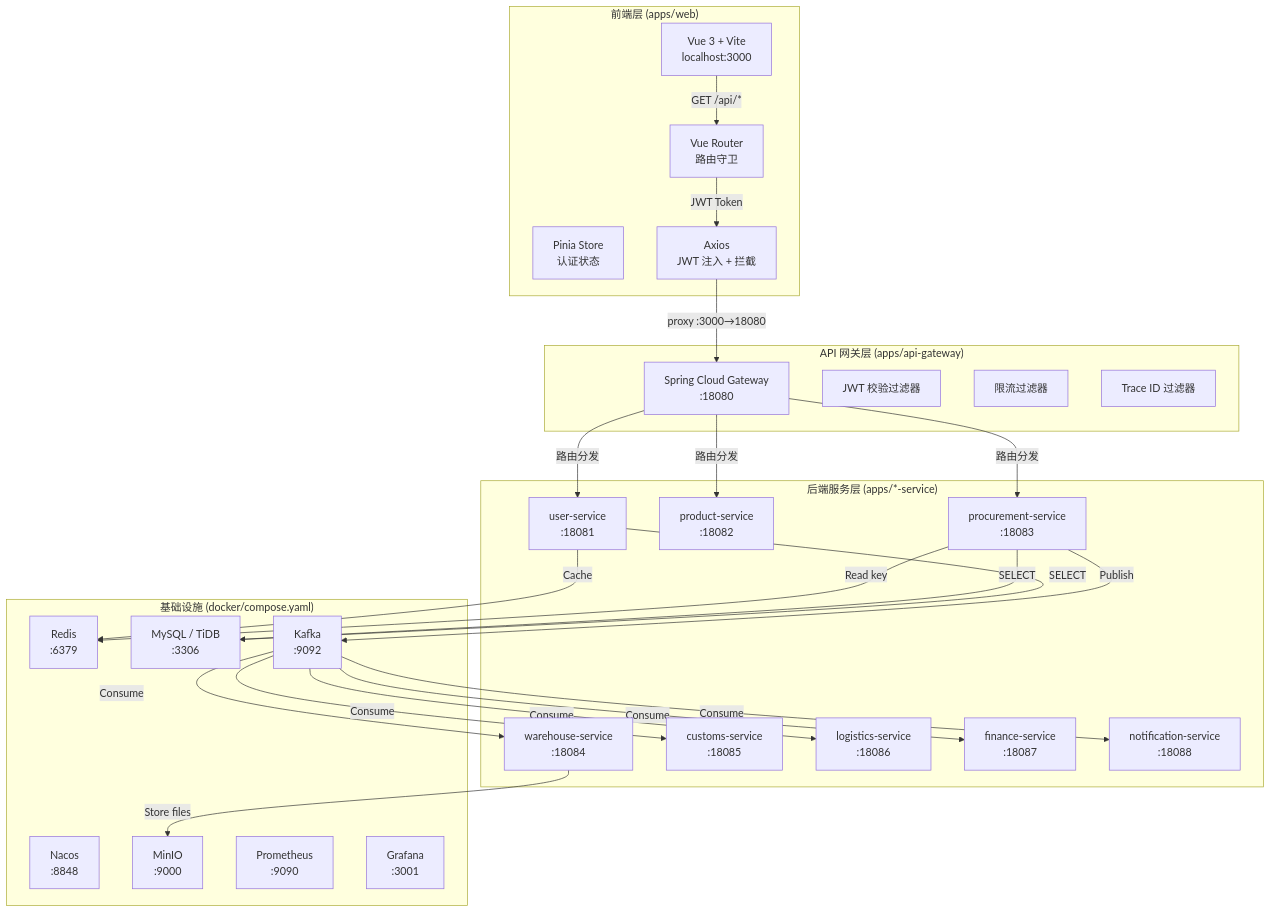
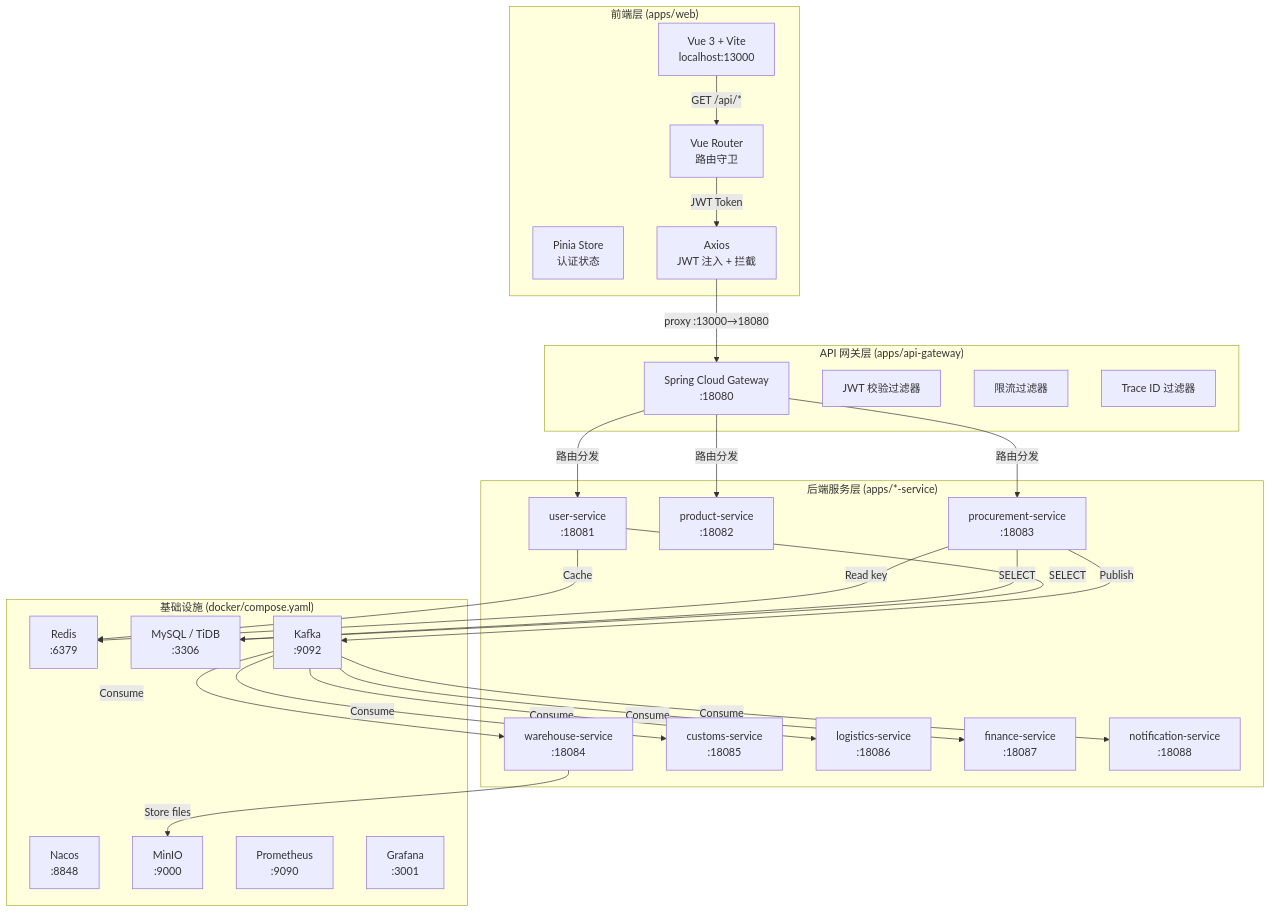
The first of 6 diagrams in docs/ui/ARCHITECTURE.md (jieraltjp/ManpouChinaSystem), drawn with Mermaid before and after one commit. The commit also changed other lines of this file and 16 other files, not shown here.

````diff
--- a/docs/ui/ARCHITECTURE.md
+++ b/docs/ui/ARCHITECTURE.md
@@ -9,65 +9,65 @@
 ```mermaid
 graph TB
     %% 前端层
     subgraph Frontend["前端层 (apps/web)"]
-        WEB["Vue 3 + Vite\nlocalhost:3000"]
+        WEB["Vue 3 + Vite\nlocalhost:13000"]
         ROUTER["Vue Router\n路由守卫"]
         STORE["Pinia Store\n认证状态"]
         AXIOS["Axios\nJWT 注入 + 拦截"]
     end
 
     %% 网关层（待实现）
     subgraph Gateway["API 网关层 (apps/api-gateway)"]
         GW["Spring Cloud Gateway\n:18080"]
         JWT_FILTER["JWT 校验过滤器"]
         RATE_LIMIT["限流过滤器"]
         TRACE["Trace ID 过滤器"]
     end
 
     %% 后端服务层
     subgraph Backend["后端服务层 (apps/*-service)"]
         USER["user-service\n:18081"]
         PRODUCT["product-service\n:18082"]
         PROC["procurement-service\n:18083"]
         WAREHOUSE["warehouse-service\n:18084"]
         CUSTOMS["customs-service\n:18085"]
         LOGISTICS["logistics-service\n:18086"]
         FINANCE["finance-service\n:18087"]
         NOTIFY["notification-service\n:18088"]
     end
 
     %% 基础设施层
     subgraph Infrastructure["基础设施 (docker/compose.yaml)"]
         REDIS["Redis\n:6379"]
         MYSQL["MySQL / TiDB\n:3306"]
         KAFKA["Kafka\n:9092"]
         NACOS["Nacos\n:8848"]
         MINIO["MinIO\n:9000"]
         PROMETHEUS["Prometheus\n:9090"]
         GRAFANA["Grafana\n:3001"]
     end
 
     %% 数据流
     WEB -->|"GET /api/*"| ROUTER
     ROUTER -->|"JWT Token"| AXIOS
-    AXIOS -->|"proxy :3000→18080"| GW
+    AXIOS -->|"proxy :13000→18080"| GW
 
     GW -->|"路由分发"| USER
     GW -->|"路由分发"| PRODUCT
     GW -->|"路由分发"| PROC
 
     PROC -->|"Publish"| KAFKA
     PROC -->|"SELECT"| MYSQL
 
     USER -->|"SELECT"| MYSQL
     USER -->|"Cache"| REDIS
 
     KAFKA -->|"Consume"| WAREHOUSE
     KAFKA -->|"Consume"| CUSTOMS
     KAFKA -->|"Consume"| LOGISTICS
     KAFKA -->|"Consume"| FINANCE
     KAFKA -->|"Consume"| NOTIFY
 
     WAREHOUSE -->|"Store files"| MINIO
     PROC -->|"Read key"| REDIS
 ```
````
